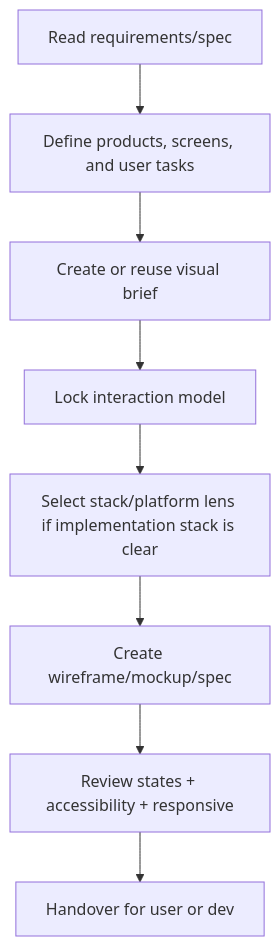
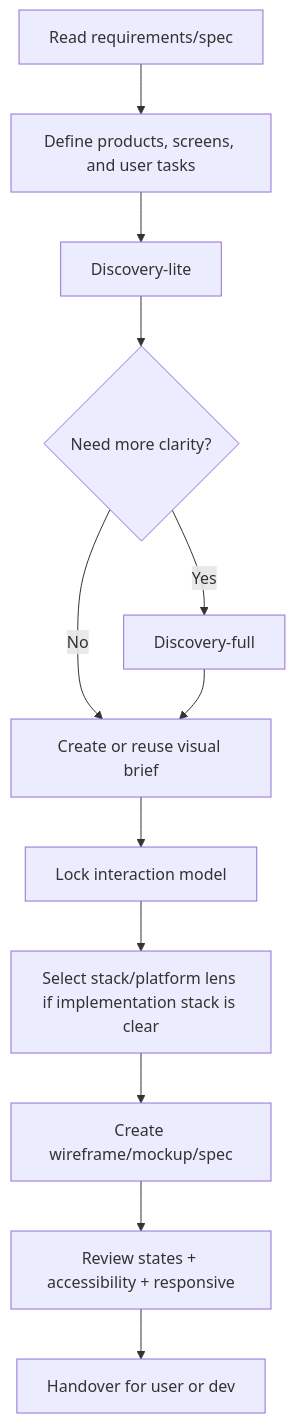
One commit to nguyenphat57/forge changed the diagram in packages/forge-core/workflows/design/visualize.md. Above: the diagram before and after it, drawn with Mermaid. The commit also changed other lines of this file and 2 other files, not shown here.

Commit message:
feat(forge-core): promote visualize for ui medium work

````diff
--- a/packages/forge-core/workflows/design/visualize.md
+++ b/packages/forge-core/workflows/design/visualize.md
@@ -64,10 +66,14 @@
 ```mermaid
 flowchart TD
     A[Read requirements/spec] --> B[Define products, screens, and user tasks]
-    B --> C[Create or reuse visual brief]
-    C --> D[Lock interaction model]
-    D --> E[Select stack/platform lens if implementation stack is clear]
-    E --> F[Create wireframe/mockup/spec]
-    F --> G[Review states + accessibility + responsive]
-    G --> H[Handover for user or dev]
+    B --> C[Discovery-lite]
+    C --> D{Need more clarity?}
+    D -->|Yes| E[Discovery-full]
+    D -->|No| F[Create or reuse visual brief]
+    E --> F
+    F --> G[Lock interaction model]
+    G --> H[Select stack/platform lens if implementation stack is clear]
+    H --> I[Create wireframe/mockup/spec]
+    I --> J[Review states + accessibility + responsive]
+    J --> K[Handover for user or dev]
 ```
````
